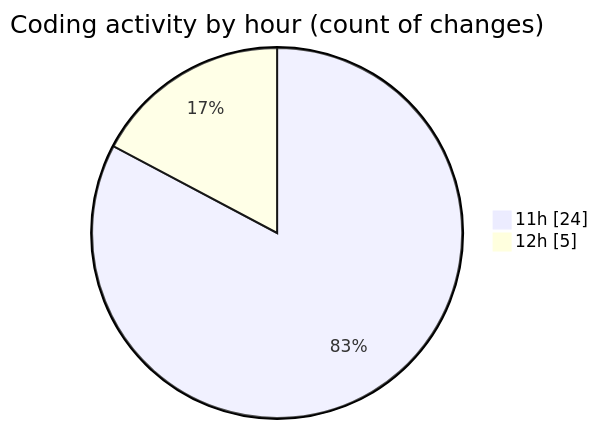
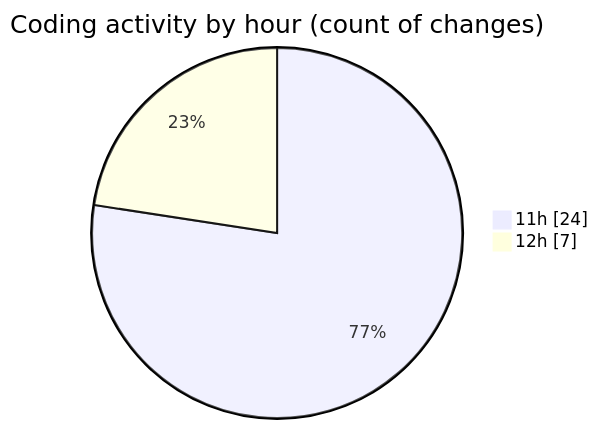
The second of 2 diagrams in 2025-07-21/shop/README.md (vahidmafi/code-tracking), drawn with Mermaid before and after one commit. The commit also changed other lines of this file and 1 other file, not shown here.

````diff
--- a/2025-07-21/shop/README.md
+++ b/2025-07-21/shop/README.md
@@ -30,6 +31,6 @@
 ```mermaid
 pie showData
 title Coding activity by hour (count of changes)
 "11h" : 24
-"12h" : 5
+"12h" : 7
 ```
````
